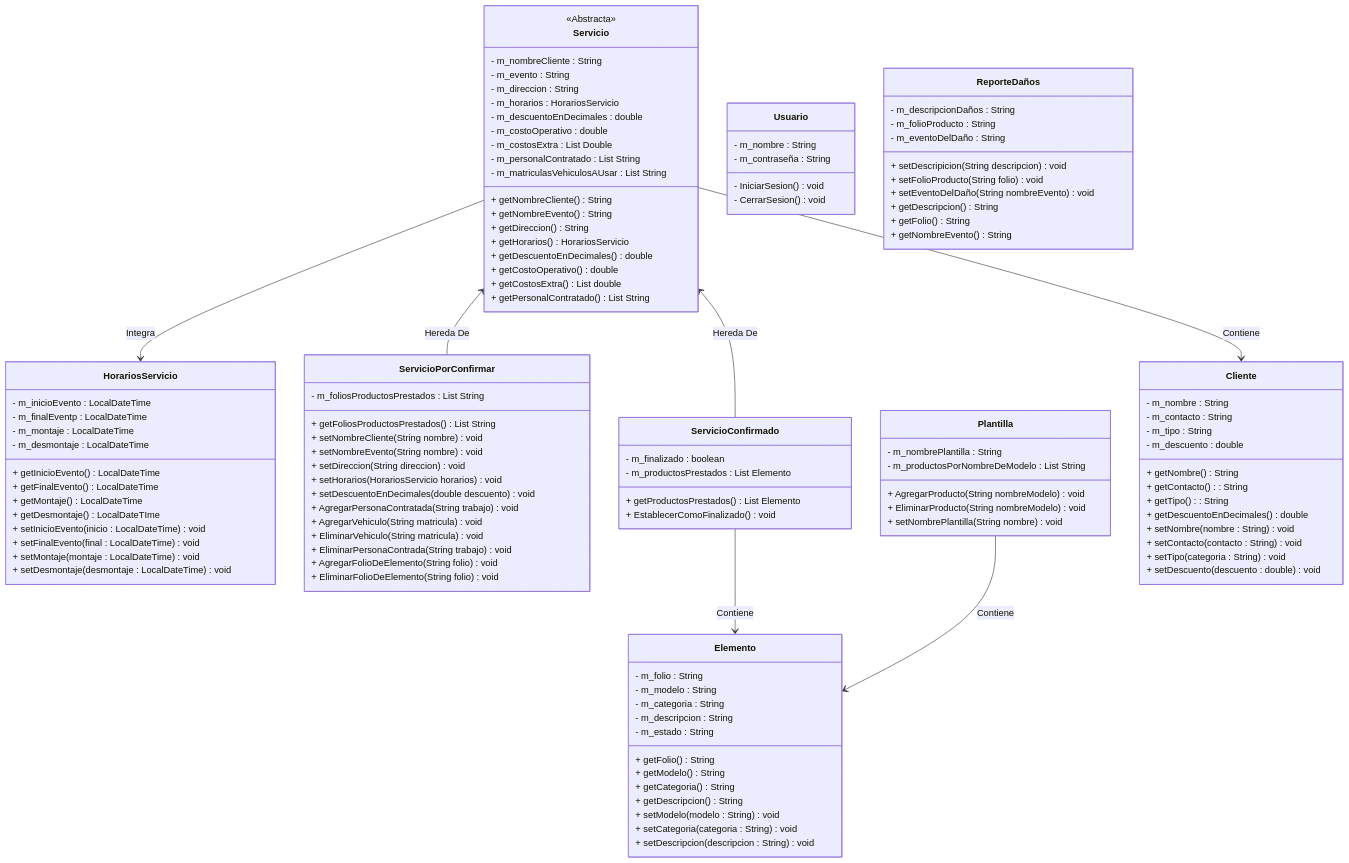
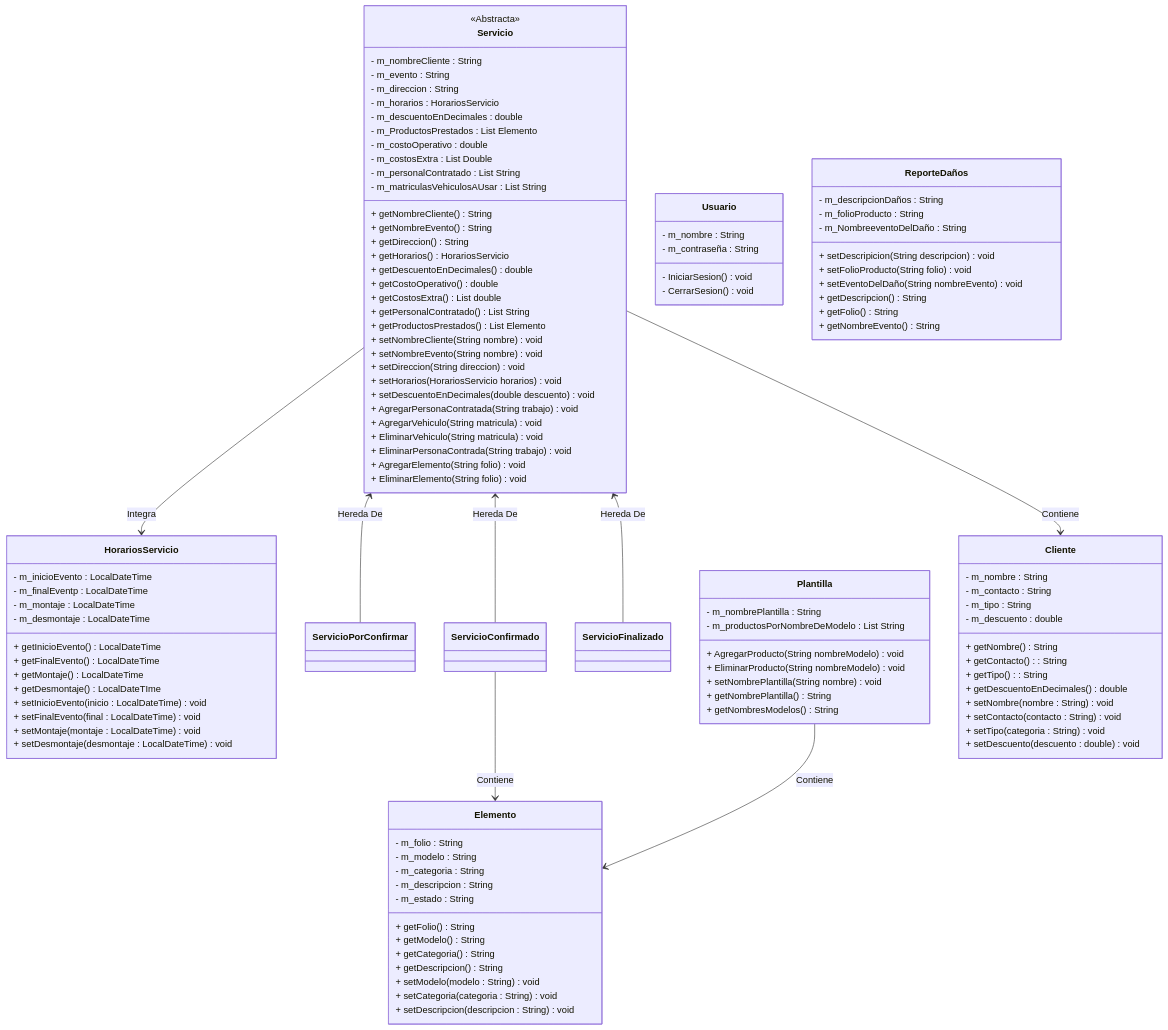
One commit to JuanJoseVargasArvizu/ProyectoPromotoraEventos changed the diagram in Documentacion/Diagramas/DiagramaDeClases.mmd. Above: the diagram before and after it, drawn with Mermaid.

Commit message:
Actualizacion diagrama de clases

```diff
--- a/Documentacion/Diagramas/DiagramaDeClases.mmd
+++ b/Documentacion/Diagramas/DiagramaDeClases.mmd
@@ -1,125 +1,130 @@
 classDiagram
 
 Servicio --> HorariosServicio : Integra
 Servicio <-- ServicioPorConfirmar : Hereda De
 Servicio <-- ServicioConfirmado : Hereda De
+Servicio <-- ServicioFinalizado : Hereda De
 ServicioConfirmado --> Elemento : Contiene
 Plantilla --> Elemento : Contiene
 Servicio --> Cliente : Contiene
 
 class Usuario{
     - m_nombre : String
     - m_contraseña : String
     - IniciarSesion() void
     - CerrarSesion() void
 }
 
 class Plantilla{
     - m_nombrePlantilla : String
     - m_productosPorNombreDeModelo : List String
     + AgregarProducto(String nombreModelo) void
     + EliminarProducto(String nombreModelo) void
     + setNombrePlantilla(String nombre) void
+    + getNombrePlantilla() String
+    + getNombresModelos() String
 }
 
 class Elemento{
     - m_folio : String
     - m_modelo : String
     - m_categoria : String
     - m_descripcion : String
     - m_estado : String
     + getFolio() String
     + getModelo() String
     + getCategoria() String
     + getDescripcion() String
     + setModelo(modelo : String) void
     + setCategoria(categoria : String) void
     + setDescripcion(descripcion : String) void
 }
 
 class Cliente{
     - m_nombre : String
     - m_contacto : String
     - m_tipo : String
     - m_descuento : double
     + getNombre() String
     + getContacto() : String
     + getTipo() : String
     + getDescuentoEnDecimales() double
     + setNombre(nombre : String) void
     + setContacto(contacto : String) void
     + setTipo(categoria : String) void
     + setDescuento(descuento :  double) void
 }
 
 class ReporteDaños{
     - m_descripcionDaños : String
     - m_folioProducto : String
-    - m_eventoDelDaño : String
+    - m_NombreeventoDelDaño : String
     + setDescripicion(String descripcion) void
     + setFolioProducto(String folio) void
     + setEventoDelDaño(String nombreEvento) void
     + getDescripcion() String
     + getFolio() String
     + getNombreEvento() String
 }
 
 class Servicio{
     <<Abstracta>>
     - m_nombreCliente : String 
     - m_evento : String
     - m_direccion : String
     - m_horarios : HorariosServicio
     - m_descuentoEnDecimales : double
+    - m_ProductosPrestados : List Elemento
     - m_costoOperativo : double
     - m_costosExtra : List Double
     - m_personalContratado : List String
     - m_matriculasVehiculosAUsar : List String
     + getNombreCliente() String
     + getNombreEvento() String
     + getDireccion() String
     + getHorarios() HorariosServicio
     + getDescuentoEnDecimales() double
     + getCostoOperativo() double
     + getCostosExtra() List double
-    + getPersonalContratado() List String 
-}
-
-
-class ServicioPorConfirmar{
-    - m_foliosProductosPrestados : List String
-    + getFoliosProductosPrestados() List String
+    + getPersonalContratado() List String
+    + getProductosPrestados() List Elemento 
     + setNombreCliente(String nombre) void
     + setNombreEvento(String nombre) void
     + setDireccion(String direccion) void
     + setHorarios(HorariosServicio horarios) void
     + setDescuentoEnDecimales(double descuento) void
     + AgregarPersonaContratada(String trabajo) void
     + AgregarVehiculo(String matricula) void
     + EliminarVehiculo(String matricula) void
     + EliminarPersonaContrada(String trabajo) void
-    + AgregarFolioDeElemento(String folio) void
-    + EliminarFolioDeElemento(String folio) void
+    + AgregarElemento(String folio) void
+    + EliminarElemento(String folio) void
+}
+
+
+class ServicioPorConfirmar{  
+
 }
 
 class ServicioConfirmado{
-    - m_finalizado : boolean
-    - m_productosPrestados : List Elemento
-    + getProductosPrestados() List Elemento
-    + EstablecerComoFinalizado() void
+
+}
+
+class ServicioFinalizado{
+    
 }
 
 class HorariosServicio{
     - m_inicioEvento : LocalDateTime
     - m_finalEventp : LocalDateTime
     - m_montaje : LocalDateTime
     - m_desmontaje : LocalDateTime
     + getInicioEvento() LocalDateTime
     + getFinalEvento() LocalDateTime
     + getMontaje() LocalDateTime
     + getDesmontaje() LocalDateTIme
     + setInicioEvento(inicio : LocalDateTime) void
     + setFinalEvento(final : LocalDateTime) void
     + setMontaje(montaje : LocalDateTime) void
     + setDesmontaje(desmontaje : LocalDateTime) void
 }
```
